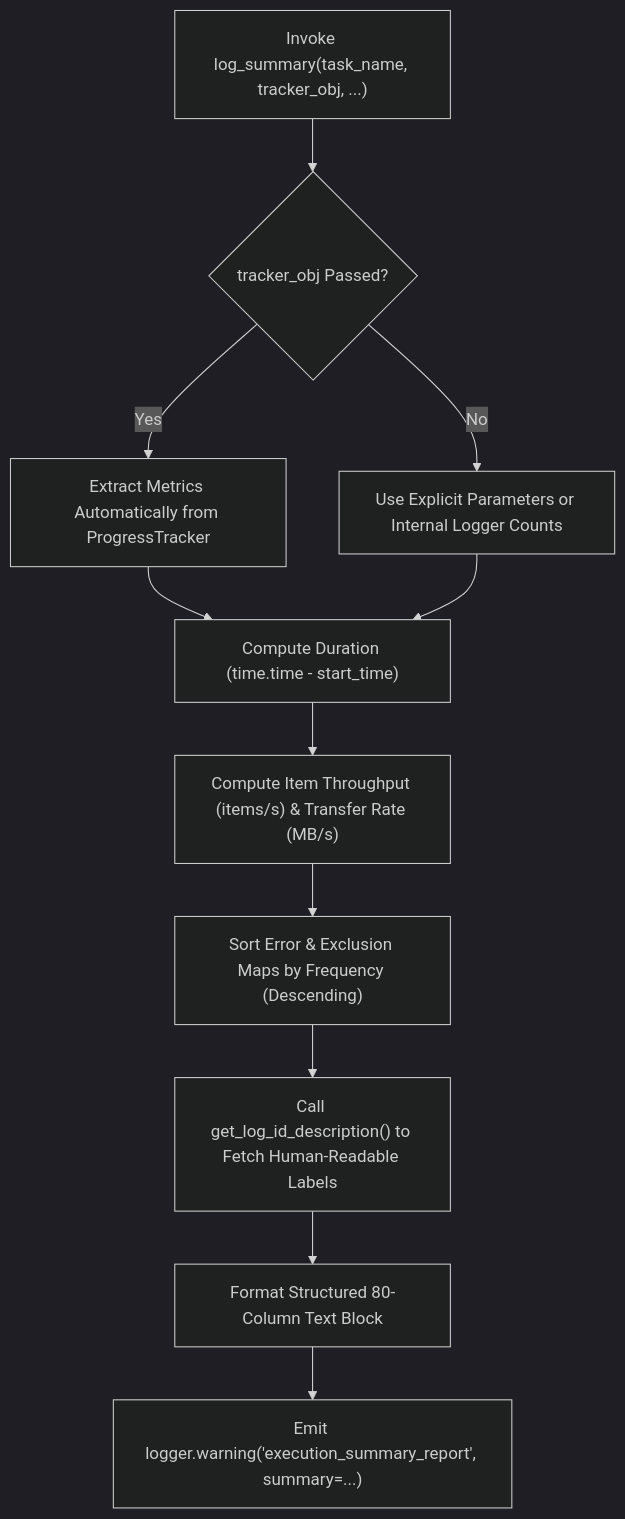
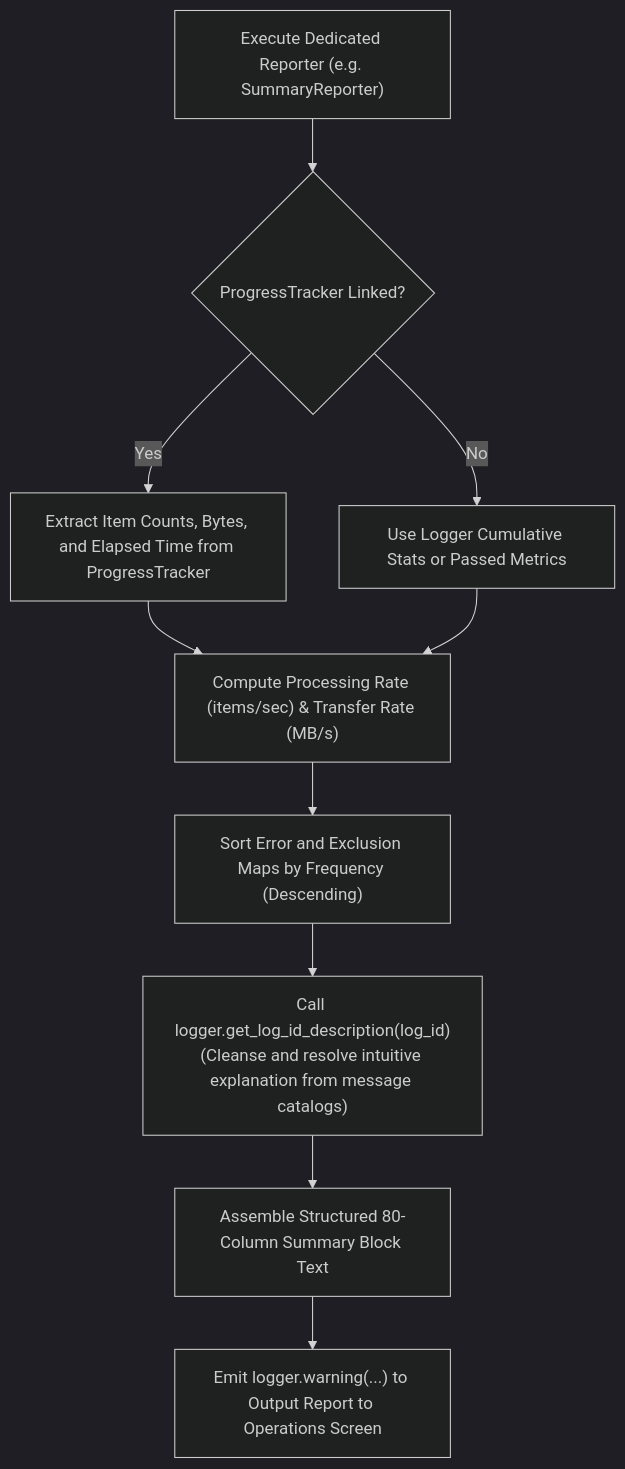
One commit to kampores/agent_common changed the diagram in manual/en/logger/05_summary_report_generation_en.md. Above: the diagram before and after it, drawn with Mermaid (dark theme). The commit also changed other lines of this file and 49 other files, not shown here.

````diff
--- a/manual/en/logger/05_summary_report_generation_en.md
+++ b/manual/en/logger/05_summary_report_generation_en.md
@@ -24,16 +29,15 @@
 ```mermaid
 flowchart TD
-    A["Invoke log_summary(task_name, tracker_obj, ...)"] --> B{"tracker_obj Passed?"}
-    B -->|"Yes"| C["Extract Metrics Automatically from ProgressTracker"]
-    B -->|"No"| D["Use Explicit Parameters or Internal Logger Counts"]
+    A["Execute Dedicated Reporter (e.g. SummaryReporter)"] --> B{"ProgressTracker Linked?"}
+    B -->|"Yes"| C["Extract Item Counts, Bytes, and Elapsed Time from ProgressTracker"]
+    B -->|"No"| D["Use Logger Cumulative Stats or Passed Metrics"]
     
-    C --> E["Compute Duration (time.time - start_time)"]
+    C --> E["Compute Processing Rate (items/sec) & Transfer Rate (MB/s)"]
     D --> E
-    E --> F["Compute Item Throughput (items/s) & Transfer Rate (MB/s)"]
     
-    F --> G["Sort Error & Exclusion Maps by Frequency (Descending)"]
-    G --> H["Call get_log_id_description() to Fetch Human-Readable Labels"]
+    E --> F["Sort Error and Exclusion Maps by Frequency (Descending)"]
+    F --> G["Call logger.get_log_id_description(log_id)<br/>(Cleanse and resolve intuitive explanation from message catalogs)"]
     
-    H --> I["Format Structured 80-Column Text Block"]
-    I --> J["Emit logger.warning('execution_summary_report', summary=...)"]
+    G --> H["Assemble Structured 80-Column Summary Block Text"]
+    H --> I["Emit logger.warning(...) to Output Report to Operations Screen"]
 ```
````
